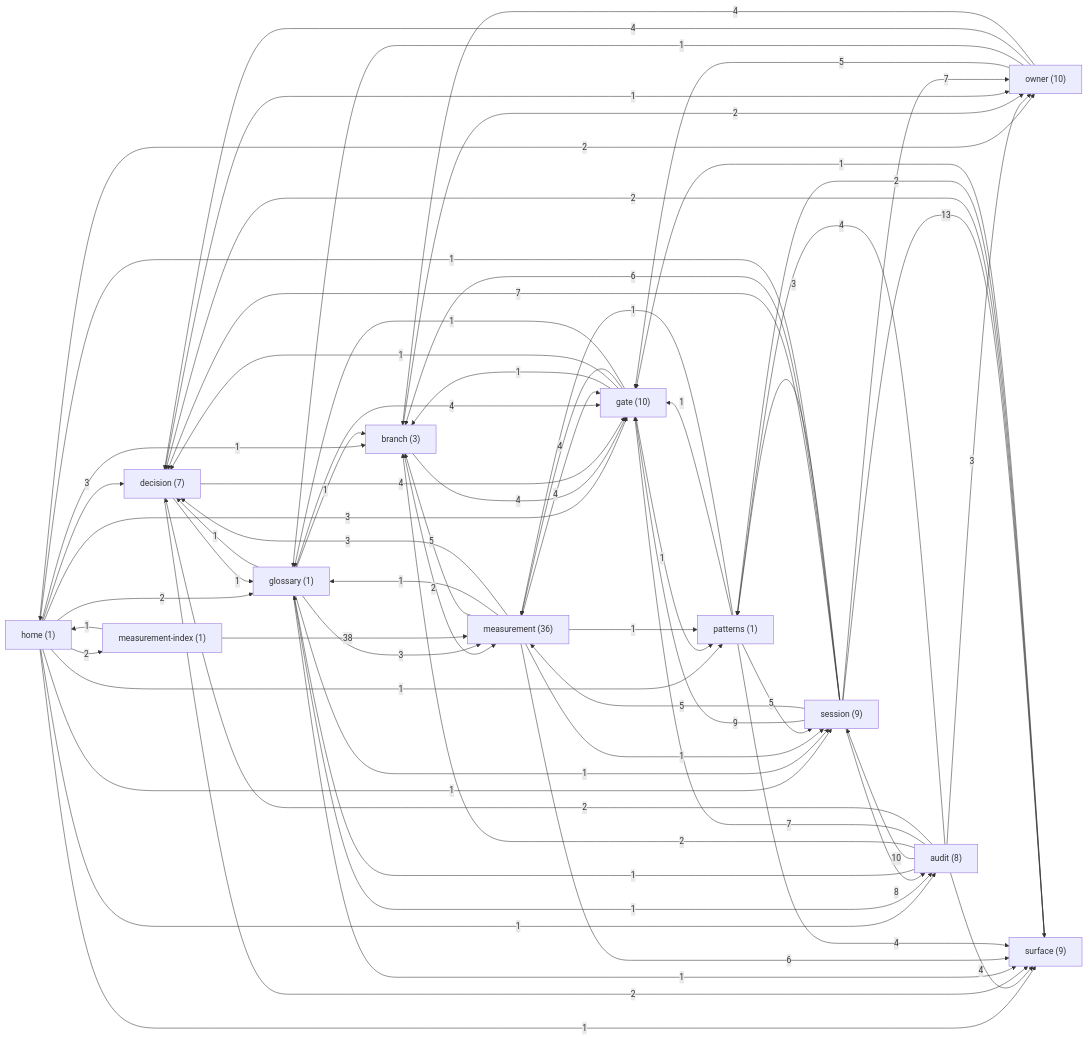
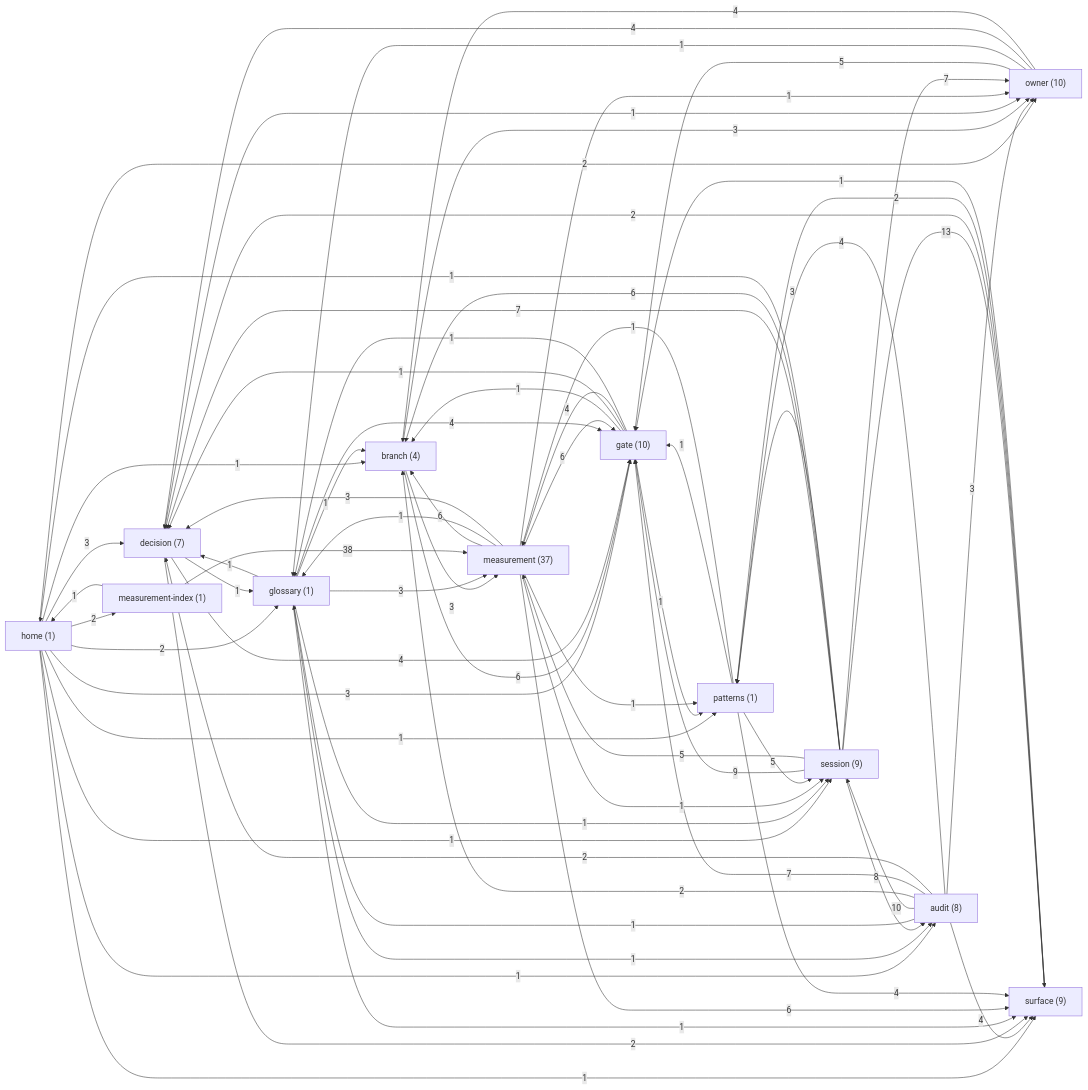
The diagram in docs/brain/GRAPH.md (sergey9519546/STORYMACHINE), drawn with Mermaid before and after one commit. The commit also changed other lines of this file and 8 other files, not shown here.

````diff
--- a/docs/brain/GRAPH.md
+++ b/docs/brain/GRAPH.md
@@ -9,81 +9,82 @@
 ```mermaid
 graph LR
   home["home (1)"]
   audit["audit (8)"]
-  branch["branch (3)"]
+  branch["branch (4)"]
   decision["decision (7)"]
   gate["gate (10)"]
   glossary["glossary (1)"]
-  measurement["measurement (36)"]
+  measurement["measurement (37)"]
   measurement_index["measurement-index (1)"]
   owner["owner (10)"]
   patterns["patterns (1)"]
   session["session (9)"]
   surface["surface (9)"]
   home -->|3| decision
   home -->|2| glossary
   home -->|3| gate
   home -->|2| measurement_index
   home -->|2| owner
   home -->|1| surface
   home -->|1| session
   home -->|1| audit
   home -->|1| branch
   home -->|1| patterns
   audit -->|1| glossary
   audit -->|10| session
   audit -->|2| branch
   audit -->|7| gate
   audit -->|2| decision
   audit -->|4| patterns
   audit -->|3| owner
   audit -->|4| surface
-  branch -->|2| measurement
-  branch -->|4| gate
-  branch -->|2| owner
+  branch -->|3| measurement
+  branch -->|6| gate
+  branch -->|3| owner
   decision -->|1| glossary
   decision -->|4| gate
   decision -->|2| surface
   decision -->|1| owner
   gate -->|1| branch
   gate -->|1| decision
   gate -->|4| measurement
   gate -->|1| patterns
   gate -->|1| glossary
   glossary -->|1| branch
   glossary -->|3| measurement
   glossary -->|1| surface
   glossary -->|4| gate
   glossary -->|1| session
   glossary -->|1| decision
   glossary -->|1| audit
-  measurement -->|5| branch
-  measurement -->|4| gate
+  measurement -->|6| branch
+  measurement -->|6| gate
   measurement -->|1| glossary
+  measurement -->|1| owner
   measurement -->|1| session
   measurement -->|3| decision
   measurement -->|1| patterns
   measurement -->|6| surface
   measurement_index -->|1| home
   measurement_index -->|38| measurement
   owner -->|5| gate
   owner -->|1| glossary
   owner -->|4| decision
   owner -->|4| branch
   patterns -->|5| session
   patterns -->|4| surface
   patterns -->|1| gate
   patterns -->|1| measurement
   session -->|9| gate
   session -->|8| audit
   session -->|5| measurement
   session -->|7| decision
   session -->|13| surface
   session -->|6| branch
   session -->|1| home
   session -->|3| patterns
   session -->|7| owner
   surface -->|2| decision
   surface -->|2| patterns
   surface -->|1| gate
 ```
````
